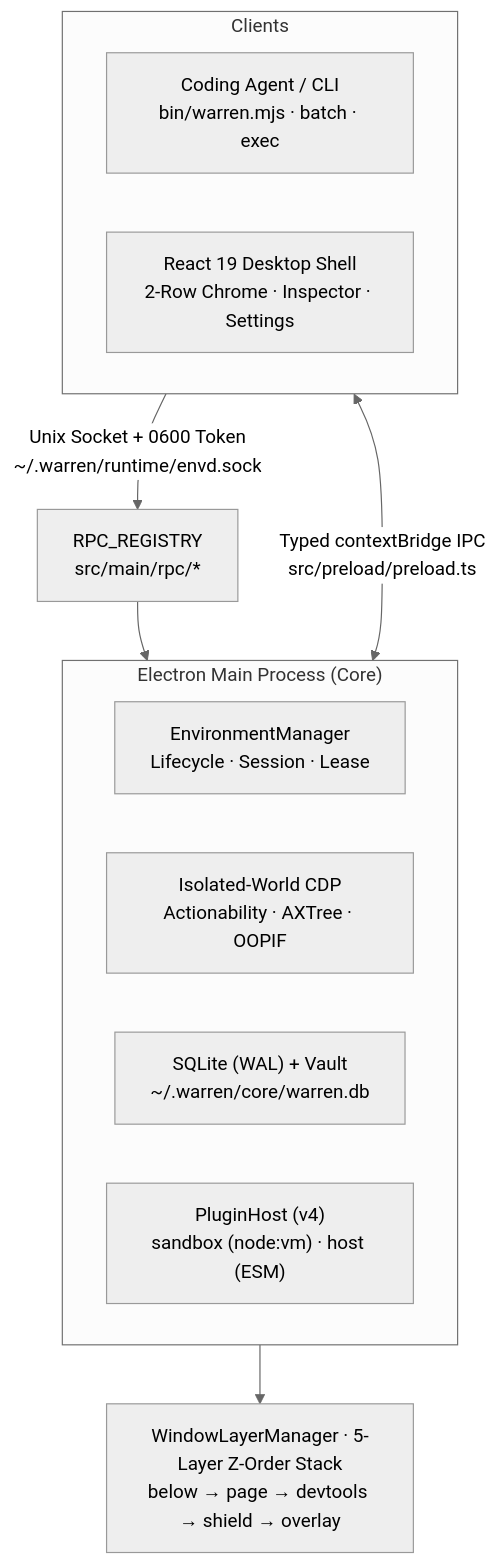
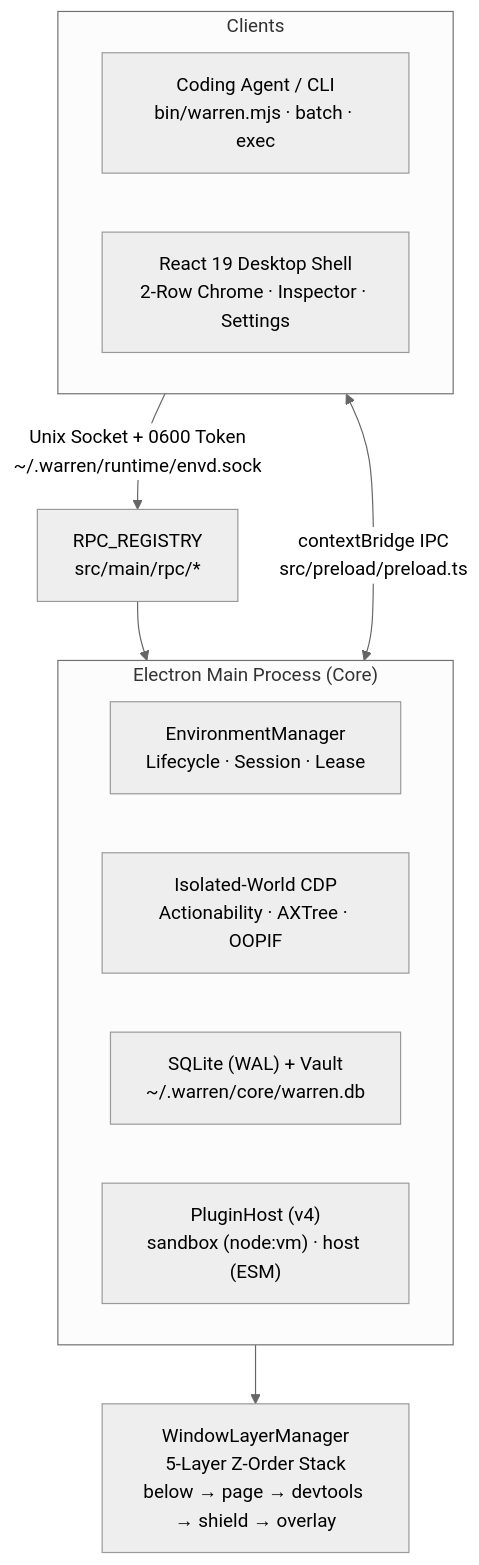
Before and after one commit to euanguo/warren: the diagram in README.md, drawn with Mermaid (neutral theme). The commit also changed other lines of this file and 1 other file, not shown here.

Commit message:
docs: refine visual tour framing and Mermaid diagram layout

````diff
--- a/README.md
+++ b/README.md
@@ -210,22 +214,22 @@
 ```mermaid
 flowchart TB
   subgraph Clients["Clients"]
     direction LR
     CLI["Coding Agent / CLI<br/>bin/warren.mjs · batch · exec"]
     UI["React 19 Desktop Shell<br/>2-Row Chrome · Inspector · Settings"]
   end
 
   CLI -->|"Unix Socket + 0600 Token<br/>~/.warren/runtime/envd.sock"| RPC["RPC_REGISTRY<br/>src/main/rpc/*"]
-  UI <-->|"Typed contextBridge IPC<br/>src/preload/preload.ts"| Core
+  UI <-->|"contextBridge IPC<br/>src/preload/preload.ts"| Core
   RPC --> Core
 
   subgraph Core["Electron Main Process (Core)"]
     direction LR
     Env["EnvironmentManager<br/>Lifecycle · Session · Lease"]
     CDP["Isolated-World CDP<br/>Actionability · AXTree · OOPIF"]
     Store["SQLite (WAL) + Vault<br/>~/.warren/core/warren.db"]
     Plugins["PluginHost (v4)<br/>sandbox (node:vm) · host (ESM)"]
   end
 
-  Core --> Layers["WindowLayerManager · 5-Layer Z-Order Stack<br/>below → page → devtools → shield → overlay"]
+  Core --> Layers["WindowLayerManager<br/>5-Layer Z-Order Stack<br/>below → page → devtools → shield → overlay"]
 ```
````
